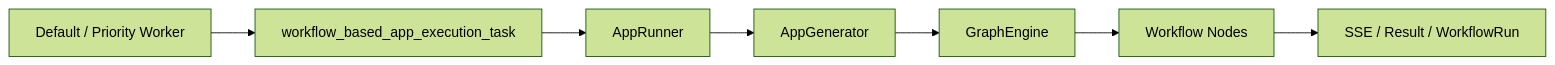
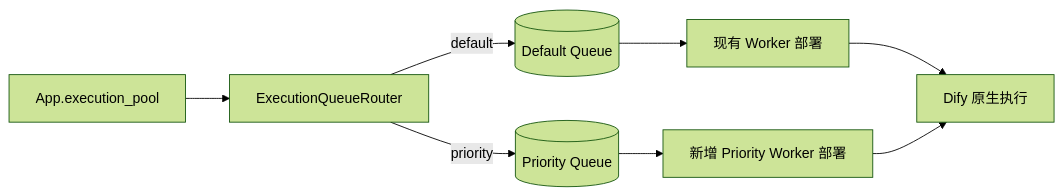
Before and after one commit to sgfd-ui/internship: the fifth of 8 diagrams in weekly-report/dify-execution-engine-isolation-plan.md, drawn with Mermaid (forest theme). The commit also changed other lines of this file, not shown here.

Commit message:
docs: clarify execution isolation implementation

````diff
--- a/weekly-report/dify-execution-engine-isolation-plan.md
+++ b/weekly-report/dify-execution-engine-isolation-plan.md
@@ -200,10 +163,11 @@
 ```mermaid
 flowchart LR
-    W[Default / Priority Worker]
-    W --> T[workflow_based_app_execution_task]
-    T --> R[AppRunner]
-    R --> G[AppGenerator]
-    G --> GE[GraphEngine]
-    GE --> N[Workflow Nodes]
-    N --> O[SSE / Result / WorkflowRun]
+    A[App.execution_pool]
+    A --> R[ExecutionQueueRouter]
+    R -->|default| DQ[(Default Queue)]
+    R -->|priority| PQ[(Priority Queue)]
+    DQ --> DW[现有 Worker 部署]
+    PQ --> PW[新增 Priority Worker 部署]
+    DW --> E[Dify 原生执行]
+    PW --> E
 ```
````
